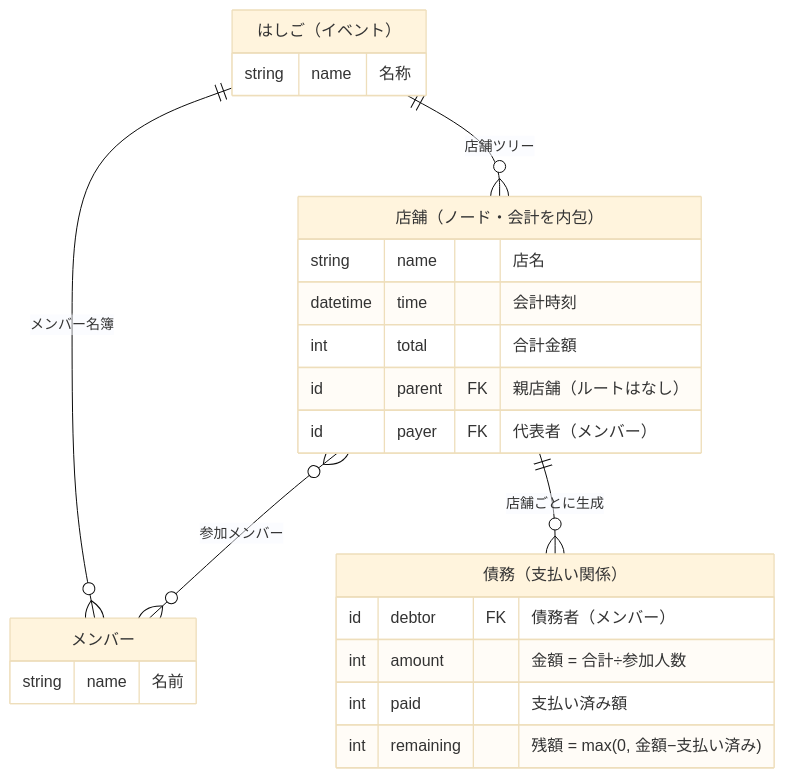
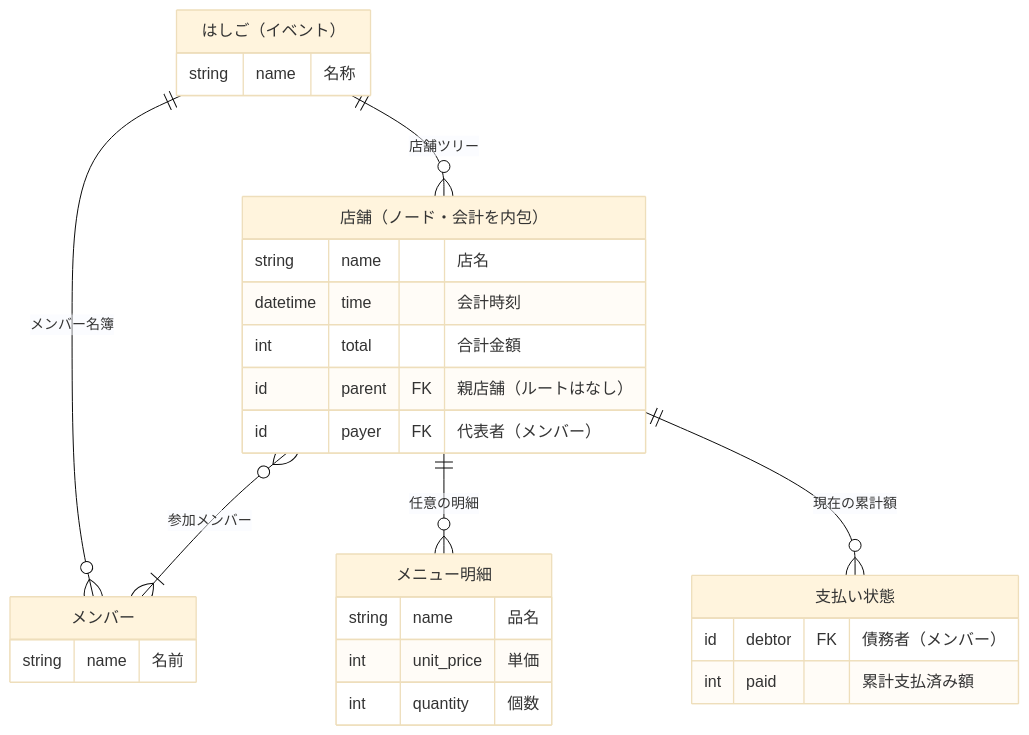
The first of 5 diagrams in docs/domain.md (katsudon08/kanjo-kun), drawn with Mermaid (base theme) before and after one commit. The commit also changed other lines of this file and 1 other file, not shown here.

````diff
--- a/docs/domain.md
+++ b/docs/domain.md
@@ -47,26 +77,30 @@
 ```mermaid
 erDiagram
     EVENT["はしご（イベント）"] {
         string name "名称"
     }
     MEMBER["メンバー"] {
         string name "名前"
     }
     STORE["店舗（ノード・会計を内包）"] {
         string name "店名"
         datetime time "会計時刻"
         int total "合計金額"
         id parent FK "親店舗（ルートはなし）"
         id payer FK "代表者（メンバー）"
     }
-    DEBT["債務（支払い関係）"] {
+    MENU_ITEM["メニュー明細"] {
+        string name "品名"
+        int unit_price "単価"
+        int quantity "個数"
+    }
+    PAYMENT_STATE["支払い状態"] {
         id debtor FK "債務者（メンバー）"
-        int amount "金額 = 合計÷参加人数"
-        int paid "支払い済み額"
-        int remaining "残額 = max(0, 金額−支払い済み)"
+        int paid "累計支払済み額"
     }
     EVENT ||--o{ STORE : "店舗ツリー"
     EVENT ||--o{ MEMBER : "メンバー名簿"
-    STORE }o--o{ MEMBER : "参加メンバー"
-    STORE ||--o{ DEBT : "店舗ごとに生成"
+    STORE }o--|{ MEMBER : "参加メンバー"
+    STORE ||--o{ MENU_ITEM : "任意の明細"
+    STORE ||--o{ PAYMENT_STATE : "現在の累計額"
 ```
````
